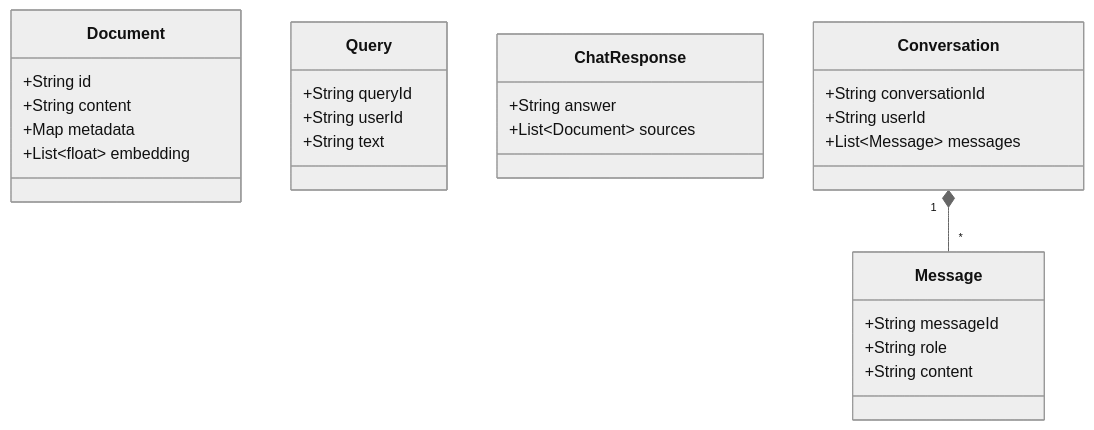
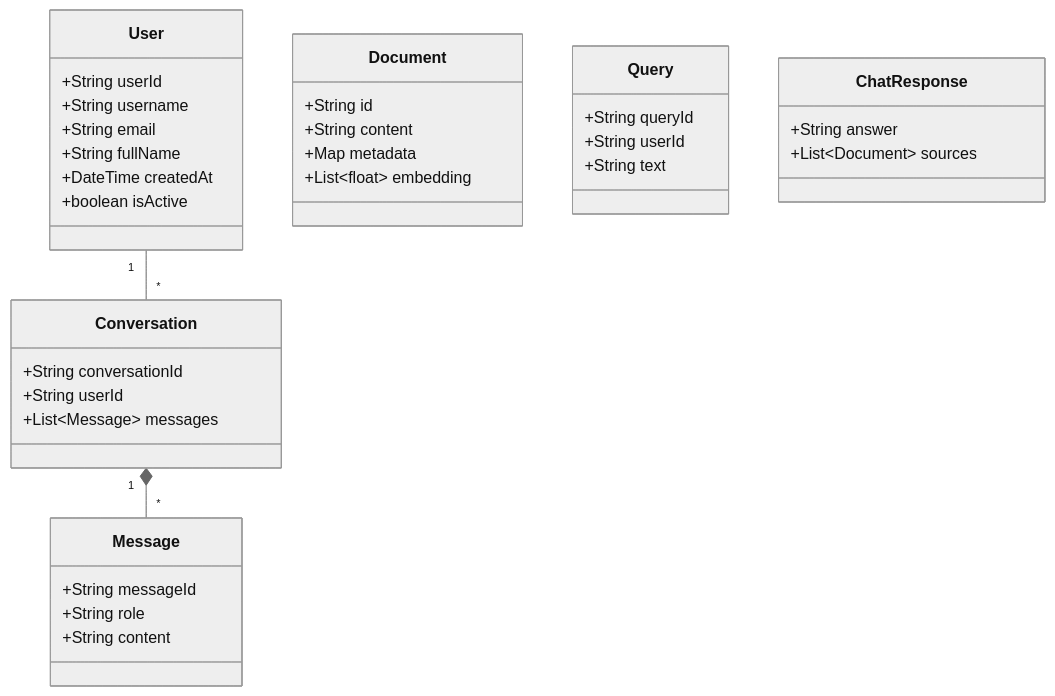
One commit to tvanle/Module2-HTTM changed the first of 16 diagrams in README.md. Above: the diagram before and after it, drawn with Mermaid (neutral theme). The commit also changed other lines of this file, not shown here.

````diff
--- a/README.md
+++ b/README.md
@@ -86,34 +100,44 @@
 ```mermaid
 classDiagram
+    class User {
+        +String userId
+        +String username
+        +String email
+        +String fullName
+        +DateTime createdAt
+        +boolean isActive
+    }
+
     class Document {
         +String id
         +String content
         +Map metadata
         +List~float~ embedding
     }
 
     class Query {
         +String queryId
         +String userId
         +String text
     }
 
     class ChatResponse {
         +String answer
         +List~Document~ sources
     }
 
     class Conversation {
         +String conversationId
         +String userId
         +List~Message~ messages
     }
 
     class Message {
         +String messageId
         +String role
         +String content
     }
 
+    User "1" -- "*" Conversation
     Conversation "1" *-- "*" Message
 ```
````
